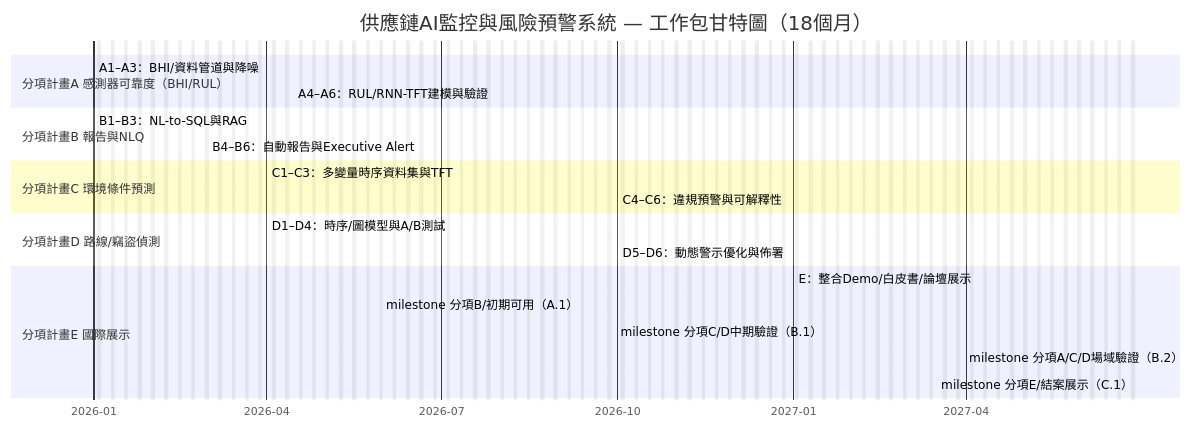
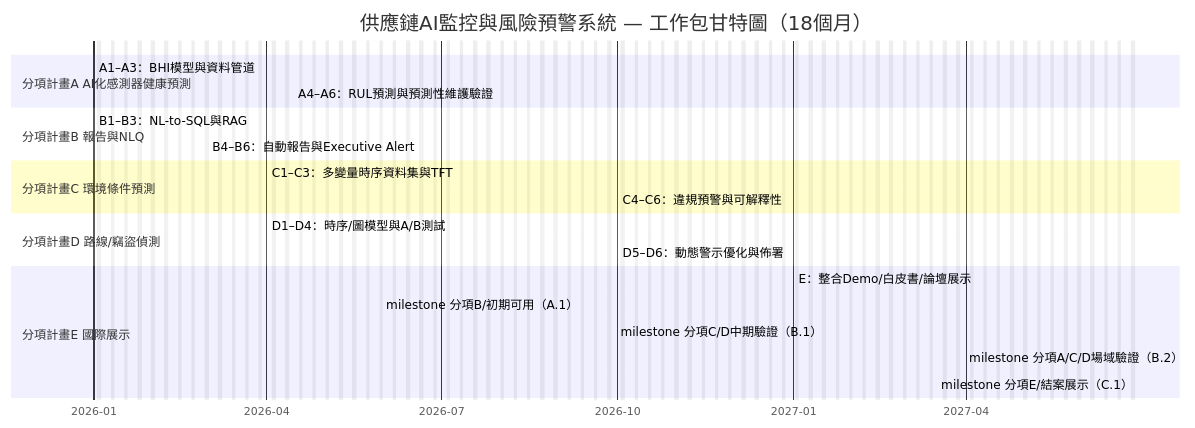
The first of 2 diagrams in proposal/AI應用躍昇計畫-計畫書-提交版.md (jshuo/ai-moea-proposal), drawn with Mermaid before and after one commit. The commit also changed other lines of this file, not shown here.

````diff
--- a/proposal/AI應用躍昇計畫-計畫書-提交版.md
+++ b/proposal/AI應用躍昇計畫-計畫書-提交版.md
@@ -407,31 +427,31 @@
 ```mermaid
 gantt
     title 供應鏈AI監控與風險預警系統 — 工作包甘特圖（18個月）
     dateFormat  YYYY-MM-DD
     axisFormat  %Y-%m
     excludes    weekends
 
-   section 分項計畫A 感測器可靠度（BHI/RUL）
-   A1–A3：BHI/資料管道與降噪         :a1, 2026-01-01, 4m
-   A4–A6：RUL/RNN-TFT建模與驗證      :a2, 2026-04-15, 6m
+   section 分項計畫A AI化感測器健康預測
+   A1–A3：BHI模型與資料管道          :a1, 2026-01-01, 4m
+   A4–A6：RUL預測與預測性維護驗證    :a2, 2026-04-15, 6m
 
    section 分項計畫B 報告與NLQ
    B1–B3：NL-to-SQL與RAG            :b1, 2026-01-01, 3.5m
    B4–B6：自動報告與Executive Alert  :b2, 2026-03-01, 2.5m
 
    section 分項計畫C 環境條件預測
    C1–C3：多變量時序資料集與TFT     :c1, 2026-04-01, 8m
    C4–C6：違規預警與可解釋性         :c2, 2026-10-01, 4m
 
    section 分項計畫D 路線/竊盜偵測
    D1–D4：時序/圖模型與A/B測試      :d1, 2026-04-01, 9m
    D5–D6：動態警示優化與佈署          :d2, 2026-10-01, 5m
 
    section 分項計畫E 國際展示
    E：整合Demo/白皮書/論壇展示       :e, 2027-01-01, 6m
 
    milestone 分項B/初期可用（A.1）   :m1, 2026-05-31, 0d
    milestone 分項C/D中期驗證（B.1）  :m2, 2026-09-30, 0d
    milestone 分項A/C/D場域驗證（B.2）:m3, 2027-03-31, 0d
    milestone 分項E/結案展示（C.1）   :m4, 2027-06-30, 0d
 ```
````
